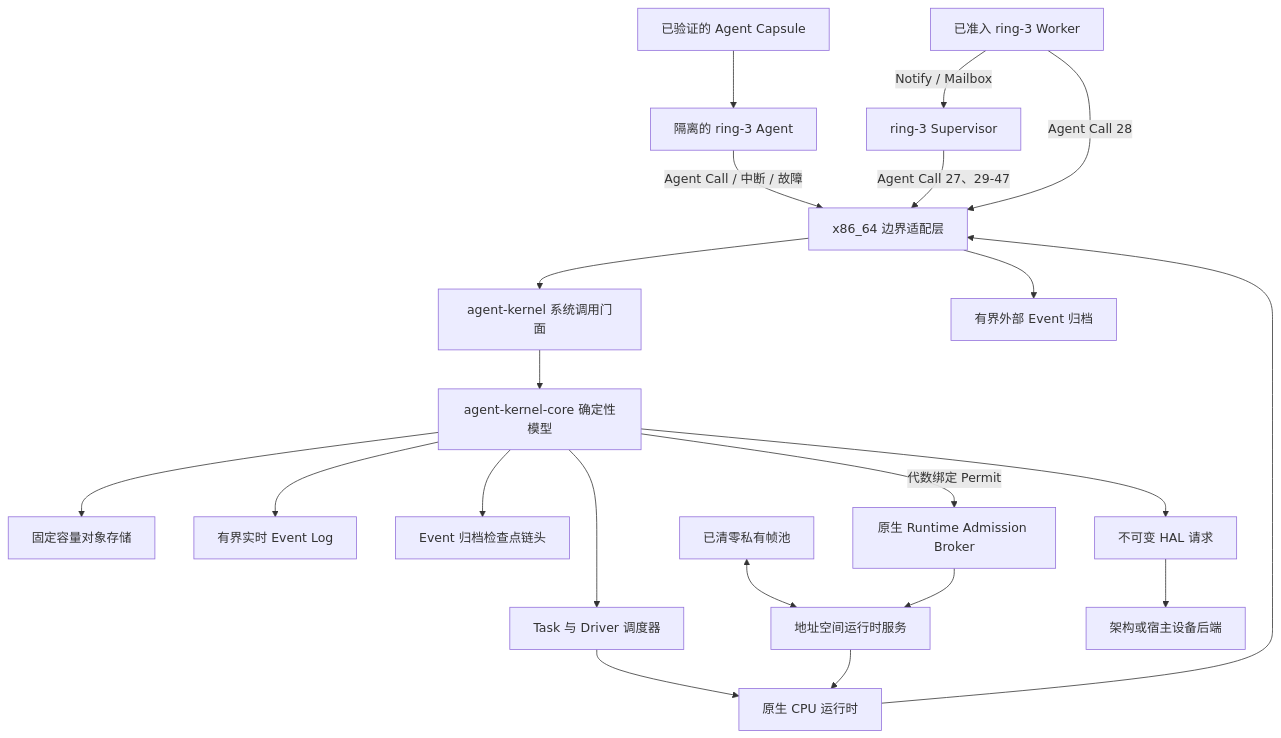
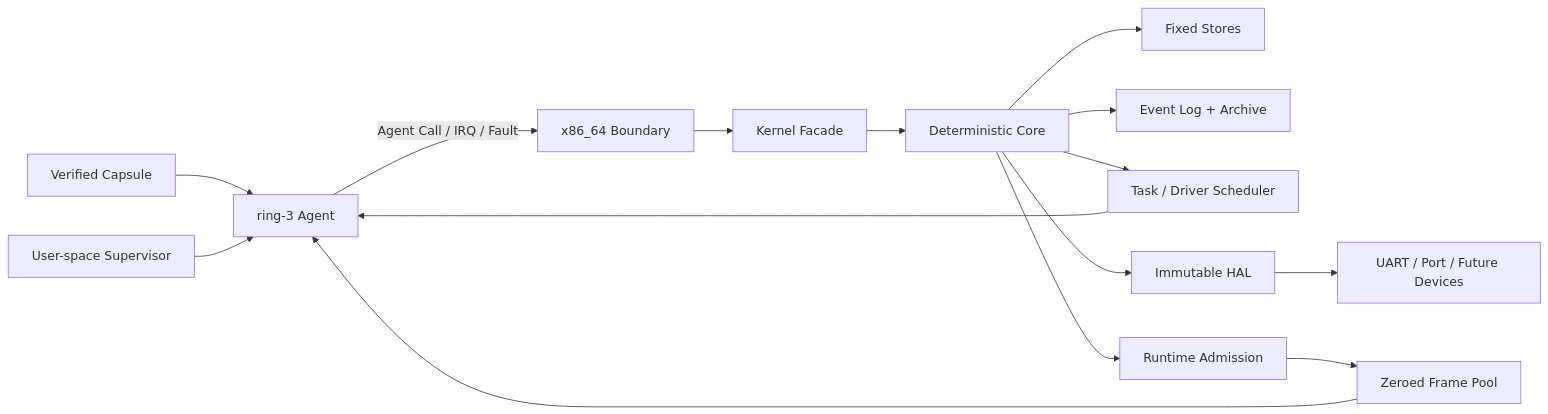
The diagram in README.zh-CN.md (Evan-master/agent-kernel), drawn with Mermaid before and after one commit. The commit also changed other lines of this file and 1 other file, not shown here.

````diff
--- a/README.zh-CN.md
+++ b/README.zh-CN.md
@@ -273,23 +91,17 @@
 ```mermaid
-flowchart TB
-    Capsule["已验证的 Agent Capsule"] --> Ring3["隔离的 ring-3 Agent"]
-    Ring3 -->|"Agent Call / 中断 / 故障"| X86["x86_64 边界适配层"]
-    X86 --> Facade["agent-kernel 系统调用门面"]
-    Facade --> Core["agent-kernel-core 确定性模型"]
-    Core --> Stores["固定容量对象存储"]
-    Core --> Events["有界实时 Event Log"]
-    Core --> ArchiveHead["Event 归档检查点链头"]
-    Core --> Scheduler["Task 与 Driver 调度器"]
-    Scheduler --> Runtime["原生 CPU 运行时"]
-    Runtime --> X86
-    FramePool["已清零私有帧池"] <--> AddressService["地址空间运行时服务"]
-    Broker["原生 Runtime Admission Broker"] --> AddressService
-    Core -->|"代数绑定 Permit"| Broker
-    AddressService --> Runtime
-    X86 --> Archive["有界外部 Event 归档"]
-    Core --> HAL["不可变 HAL 请求"]
-    HAL --> Device["架构或宿主设备后端"]
-    Supervisor["ring-3 Supervisor"] -->|"Agent Call 27、29-47"| X86
-    Workers["已准入 ring-3 Worker"] -->|"Agent Call 28"| X86
-    Workers -->|"Notify / Mailbox"| Supervisor
+flowchart LR
+    Capsule["Verified Capsule"] --> Ring3["ring-3 Agent"]
+    Ring3 -->|"Agent Call / IRQ / Fault"| X86["x86_64 Boundary"]
+    X86 --> Facade["Kernel Facade"]
+    Facade --> Core["Deterministic Core"]
+    Core --> Stores["Fixed Stores"]
+    Core --> Events["Event Log + Archive"]
+    Core --> Scheduler["Task / Driver Scheduler"]
+    Scheduler --> Ring3
+    Core --> HAL["Immutable HAL"]
+    HAL --> Hardware["UART / Port / Future Devices"]
+    Core --> Broker["Runtime Admission"]
+    Broker --> Frames["Zeroed Frame Pool"]
+    Frames --> Ring3
+    Supervisor["User-space Supervisor"] --> Ring3
 ```
````
